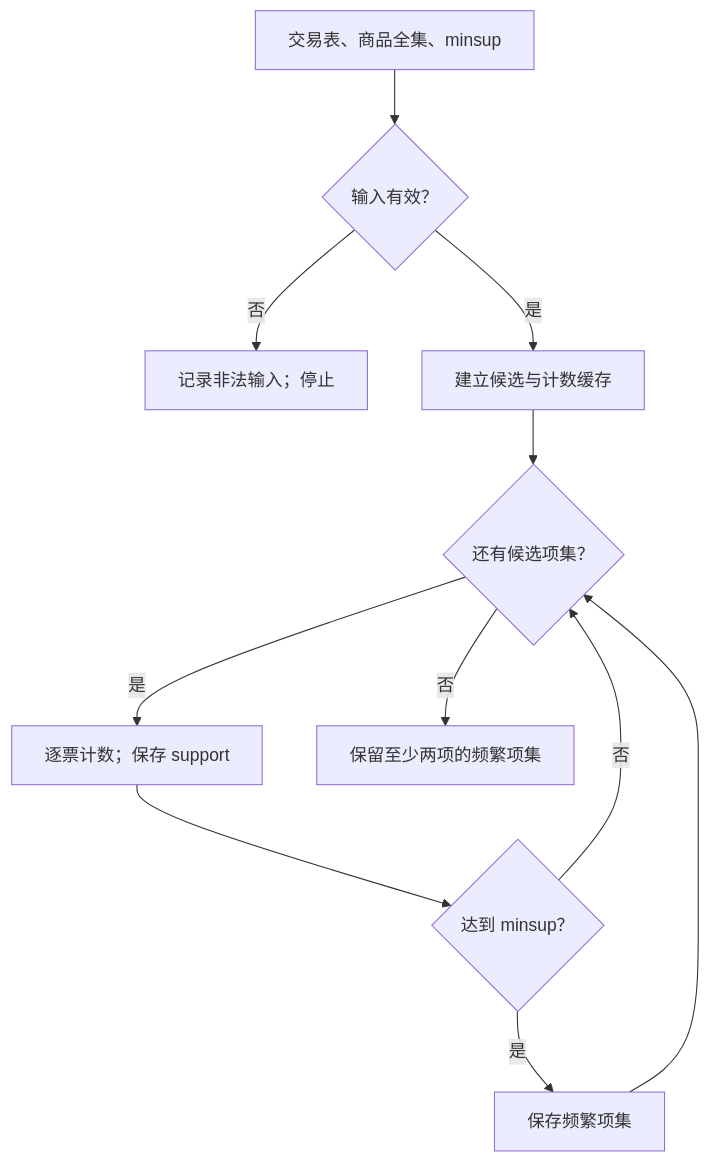
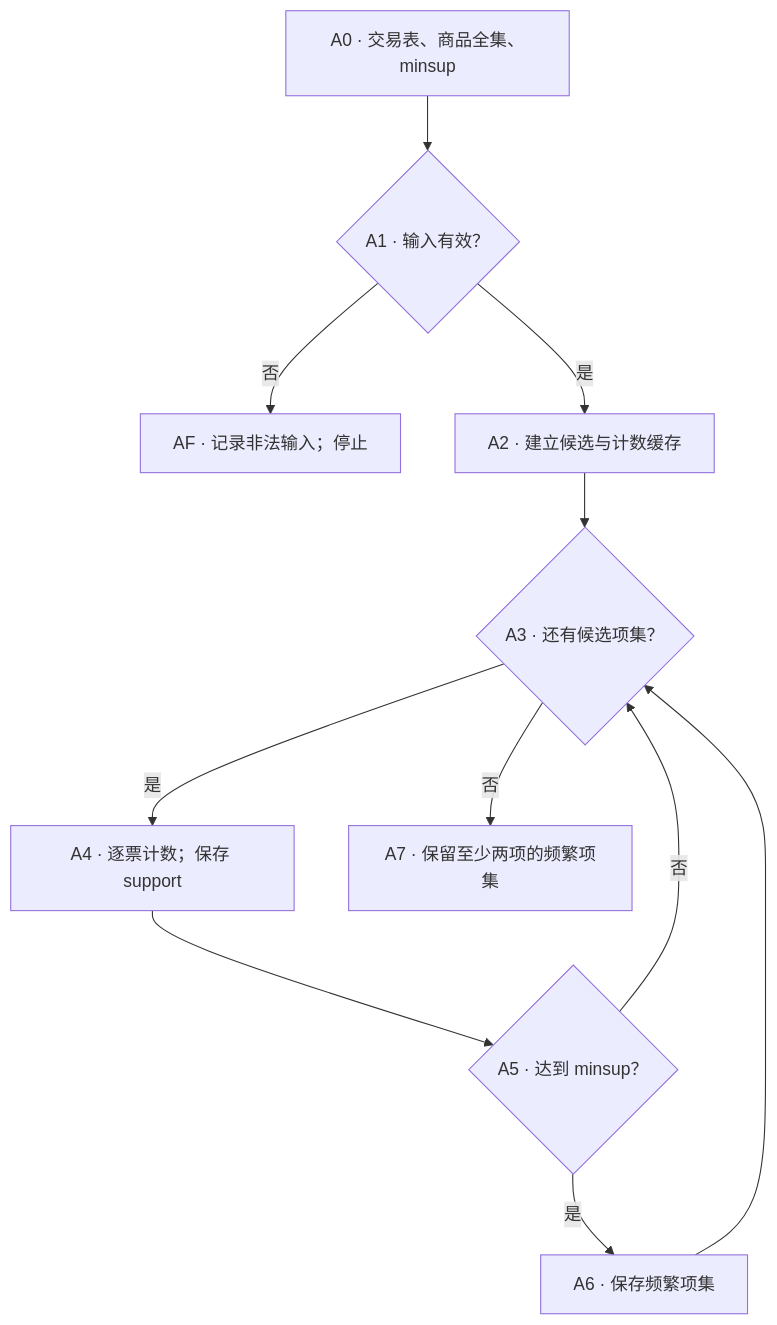
The ninth of 20 diagrams in IS6400_Business_Data_Analytics/notes/M03-数据类型与描述性分析.md (CercaTrovato/cityu-ai-course-notes), drawn with Mermaid before and after one commit. The commit also changed other lines of this file and 40 other files, not shown here.

First line of the commit message:
完成 IS6400 M03 全篇审修、原题图保真与适用同步

````diff
--- a/IS6400_Business_Data_Analytics/notes/M03-数据类型与描述性分析.md
+++ b/IS6400_Business_Data_Analytics/notes/M03-数据类型与描述性分析.md
@@ -2952,13 +3261,13 @@
 ```mermaid
 flowchart TD
-    A0["交易表、商品全集、minsup"] --> A1{"输入有效？"}
-    A1 -->|否| AF["记录非法输入；停止"]
-    A1 -->|是| A2["建立候选与计数缓存"]
-    A2 --> A3{"还有候选项集？"}
-    A3 -->|是| A4["逐票计数；保存 support"]
-    A4 --> A5{"达到 minsup？"}
-    A5 -->|是| A6["保存频繁项集"]
+    A0["A0 · 交易表、商品全集、minsup"] --> A1{"A1 · 输入有效？"}
+    A1 -->|否| AF["AF · 记录非法输入；停止"]
+    A1 -->|是| A2["A2 · 建立候选与计数缓存"]
+    A2 --> A3{"A3 · 还有候选项集？"}
+    A3 -->|是| A4["A4 · 逐票计数；保存 support"]
+    A4 --> A5{"A5 · 达到 minsup？"}
+    A5 -->|是| A6["A6 · 保存频繁项集"]
     A5 -->|否| A3
     A6 --> A3
-    A3 -->|否| A7["保留至少两项的频繁项集"]
+    A3 -->|否| A7["A7 · 保留至少两项的频繁项集"]
 ```
````
